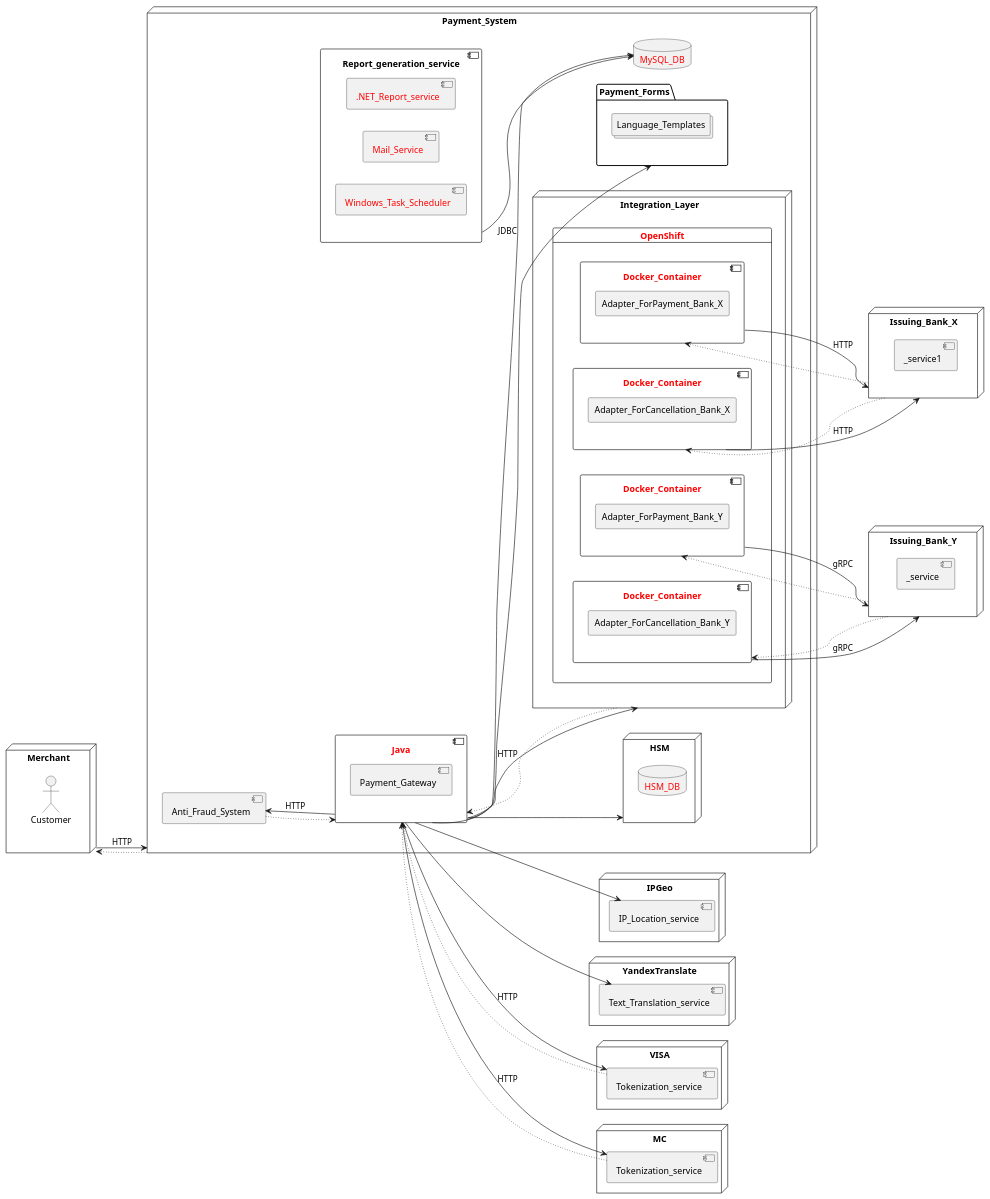
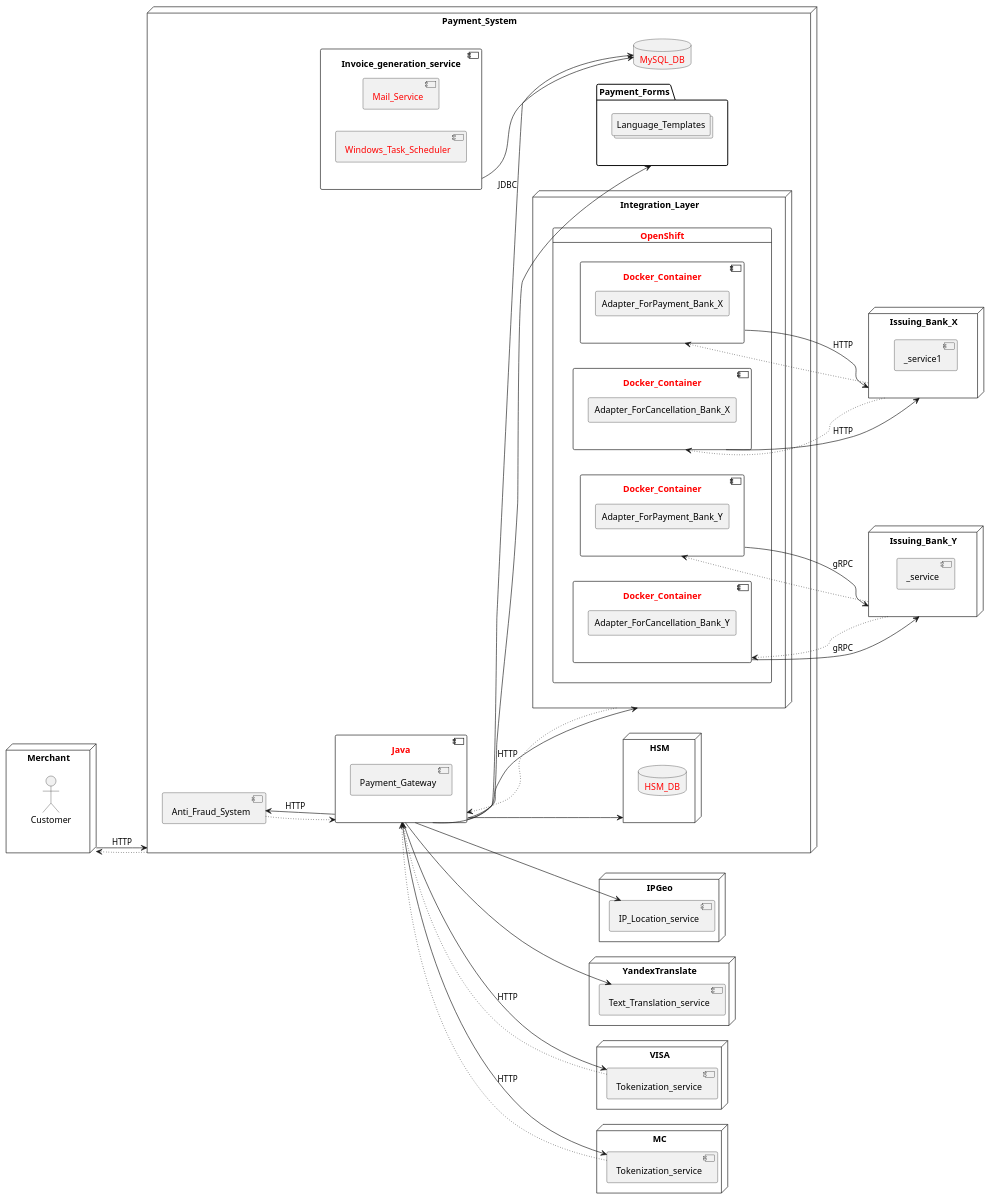
Before and after one commit to Hello-Stella/Solutions: the diagram in .idea/src/main/OpenApi/3 System architecture/3.1 Component diagram.puml, drawn with PlantUML.

```diff
--- a/.idea/src/main/OpenApi/3 System architecture/3.1 Component diagram.puml
+++ b/.idea/src/main/OpenApi/3 System architecture/3.1 Component diagram.puml
@@ -1,120 +1,118 @@
 @startuml
 
 left to right direction
 
 
 node Merchant as A{
 actor Customer
 }
 
 
 node Payment_System as B {
 component Java as C #text:red{
 component Payment_Gateway
 }
 
 
 component Anti_Fraud_System as D
 node Integration_Layer as E {
 card OpenShift #text:red {
 
 component Docker_Container as F #text:red {
 agent Adapter_ForPayment_Bank_X
 }
 
 component Docker_Container as F1 #text:red {
 agent Adapter_ForCancellation_Bank_X
 }
 
 
 component Docker_Container as G #text:red {
 agent Adapter_ForPayment_Bank_Y
 }
 
 component Docker_Container as G1 #text:red {
 agent Adapter_ForCancellation_Bank_Y
 }
 
 }
 
 }
 
 database MySQL_DB as DB #text:red
 
 node HSM as U {
 database HSM_DB #text:red
 }
 
 folder Payment_Forms as L {
 collections Language_Templates
 
 }
 
- component Report_generation_service as Y {
-   component ".NET_Report_service" #text:red {
-}
+ component Invoice_generation_service as Y {
    component Mail_Service #text:red{
 }
 
    component Windows_Task_Scheduler #text:red{
 }
 
 }
 
 }
 
 
 
 node IPGeo {
 component IP_Location_service as M
 }
 
 node YandexTranslate {
 component Text_Translation_service as MM
 }
 
 node VISA {
 component Tokenization_service as H
 }
 
 node MC {
 component Tokenization_service as I
 }
 
 
 node Issuing_Bank_X as J {
 component _service1
 }
 
 
 node Issuing_Bank_Y as K {
 component _service
 }
 
 
 A-->B : HTTP
 B~~>A
 C-->L
 C-->E : HTTP
 E~~>C
 C-->D : HTTP
 D~~>C
 C-->DB : JDBC
 C-->U
 C-->H : HTTP
 H~~>C
 C-->M
 C-->MM
 C-->I : HTTP
 I~~>C
 F-->J : HTTP
 J~~>F
 F1-->J : HTTP
 J~~>F1
 G-->K : gRPC
 K~~>G
 G1-->K : gRPC
 K~~>G1
 Y-->DB
 
 @enduml
```
